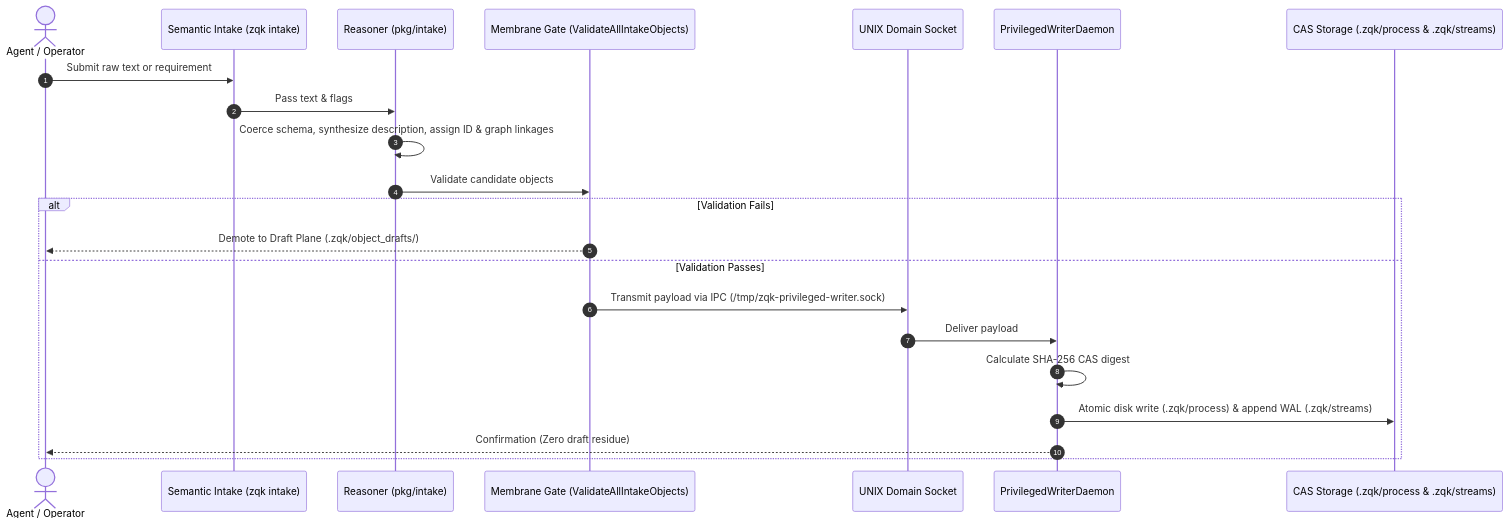
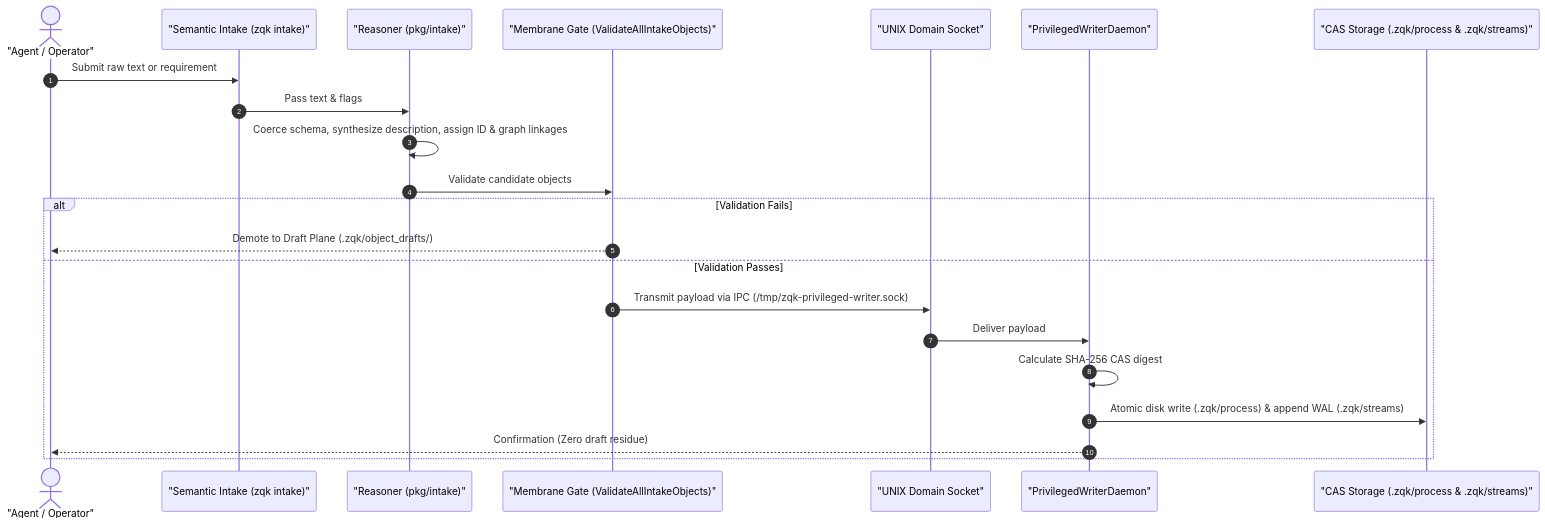
Before and after one commit to zqk-os/zqk: the second of 2 diagrams in docs/architecture/CELLULAR_MEMBRANE_MODE_B_CONFIGURATION.md, drawn with Mermaid. The commit also changed other lines of this file and 21 other files, not shown here.

Commit message:
refactor(kernel): address config, security, pack architecture, and documentation audit

````diff
--- a/docs/architecture/CELLULAR_MEMBRANE_MODE_B_CONFIGURATION.md
+++ b/docs/architecture/CELLULAR_MEMBRANE_MODE_B_CONFIGURATION.md
@@ -195,25 +195,25 @@
 ```mermaid
 sequenceDiagram
   autonumber
-  actor Agent as Agent / Operator
-  participant Intake as Semantic Intake (zqk intake)
-  participant Reasoner as Reasoner (pkg/intake)
-  participant Gate as Membrane Gate (ValidateAllIntakeObjects)
-  participant Socket as UNIX Domain Socket
-  participant Daemon as PrivilegedWriterDaemon
-  participant CAS as CAS Storage (.zqk/process & .zqk/streams)
+  actor Agent as "Agent / Operator"
+  participant Intake as "Semantic Intake (zqk intake)"
+  participant Reasoner as "Reasoner (pkg/intake)"
+  participant Gate as "Membrane Gate (ValidateAllIntakeObjects)"
+  participant Socket as "UNIX Domain Socket"
+  participant Daemon as "PrivilegedWriterDaemon"
+  participant CAS as "CAS Storage (.zqk/process & .zqk/streams)"
 
   Agent->>Intake: Submit raw text or requirement
   Intake->>Reasoner: Pass text & flags
   Reasoner->>Reasoner: Coerce schema, synthesize description, assign ID & graph linkages
   Reasoner->>Gate: Validate candidate objects
   alt Validation Fails
     Gate-->>Agent: Demote to Draft Plane (.zqk/object_drafts/)
   else Validation Passes
     Gate->>Socket: Transmit payload via IPC (/tmp/zqk-privileged-writer.sock)
     Socket->>Daemon: Deliver payload
     Daemon->>Daemon: Calculate SHA-256 CAS digest
     Daemon->>CAS: Atomic disk write (.zqk/process) & append WAL (.zqk/streams)
     Daemon-->>Agent: Confirmation (Zero draft residue)
   end
 ```
````
